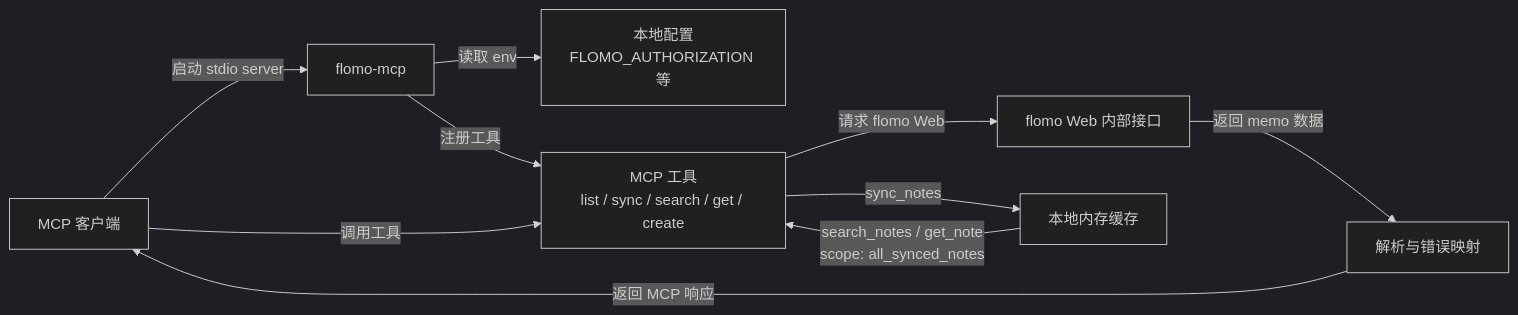
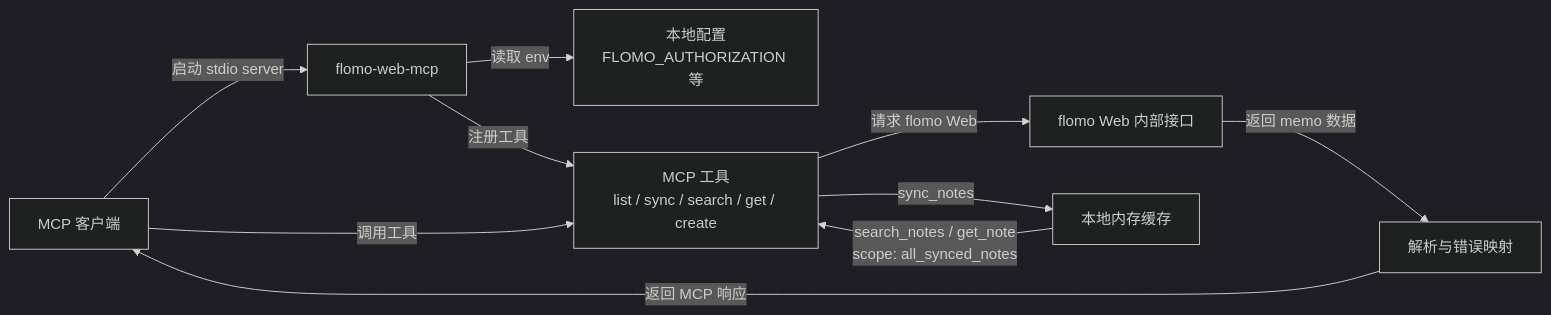
Before and after one commit to ExoticSkywing/flomo-web-mcp: the diagram in README.md, drawn with Mermaid (dark theme). The commit also changed other lines of this file and 7 other files, not shown here.

Commit message:
chore: rename package to flomo-web-mcp

````diff
--- a/README.md
+++ b/README.md
@@ -26,12 +26,12 @@
 ```mermaid
 flowchart LR
-  Host["MCP 客户端"] -->|启动 stdio server| Server["flomo-mcp"]
+  Host["MCP 客户端"] -->|启动 stdio server| Server["flomo-web-mcp"]
   Server -->|读取 env| Config["本地配置<br/>FLOMO_AUTHORIZATION 等"]
   Server -->|注册工具| Tools["MCP 工具<br/>list / sync / search / get / create"]
   Host -->|调用工具| Tools
   Tools -->|请求 flomo Web| Flomo["flomo Web 内部接口"]
   Flomo -->|返回 memo 数据| Parser["解析与错误映射"]
   Parser -->|返回 MCP 响应| Host
   Tools -->|sync_notes| Cache["本地内存缓存"]
   Cache -->|search_notes / get_note<br/>scope: all_synced_notes| Tools
 ```
````
